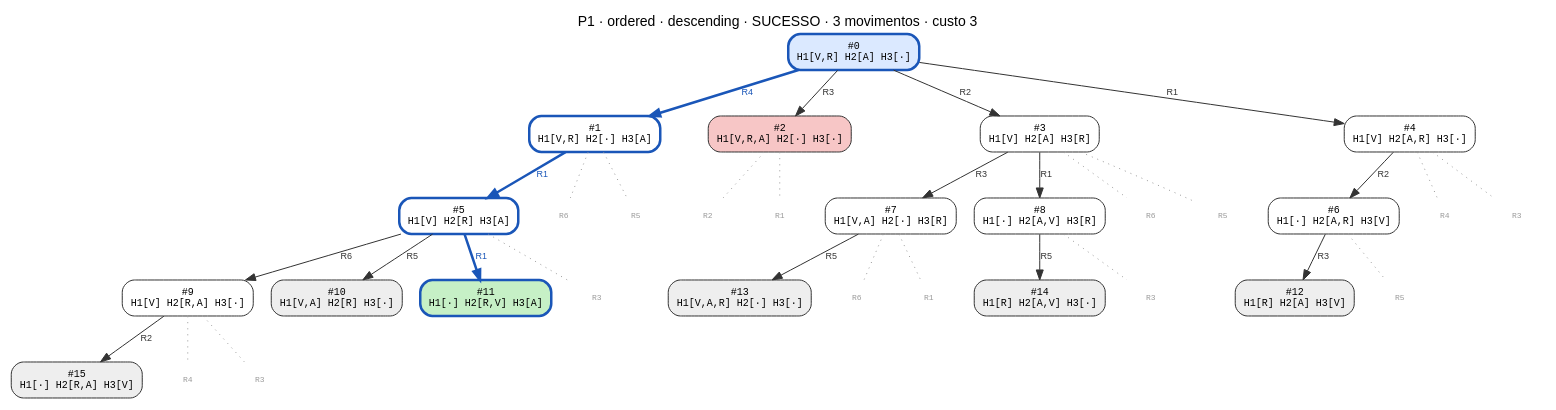
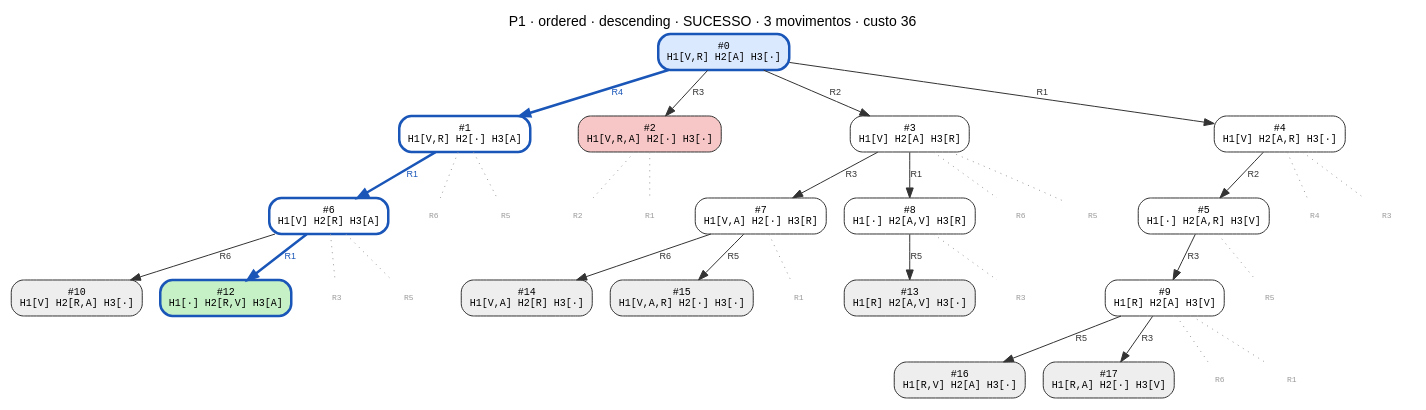
The diagram in data/P1/ordered_descending.dot (CharlesLB/dcc-014-trabalho-1), drawn with Graphviz before and after one commit. The commit also changed 28 other files, not shown here.

```diff
--- a/data/P1/ordered_descending.dot
+++ b/data/P1/ordered_descending.dot
@@ -1,66 +1,68 @@
 digraph search {
-  label="P1 · ordered · descending · SUCESSO · 3 movimentos · custo 3"; labelloc=t; fontname="Helvetica";
+  label="P1 · ordered · descending · SUCESSO · 3 movimentos · custo 36"; labelloc=t; fontname="Helvetica";
   node [shape=box, style="rounded,filled", fontname="monospace", fontsize=10];
   edge [fontname="Helvetica", fontsize=9];
   n0 [label="#0\nH1[V,R] H2[A] H3[·]", fillcolor="#dbe9ff", color="#1a56b8", penwidth=2.5];
   n1 [label="#1\nH1[V,R] H2[·] H3[A]", fillcolor="#ffffff", color="#1a56b8", penwidth=2.5];
   n0 -> n1 [label="R4", color="#1a56b8", fontcolor="#1a56b8", penwidth=2.5];
   n2 [label="#2\nH1[V,R,A] H2[·] H3[·]", fillcolor="#f7c6c6", color="#333333", penwidth=1];
   n0 -> n2 [label="R3", color="#333333", fontcolor="#333333", penwidth=1];
   n3 [label="#3\nH1[V] H2[A] H3[R]", fillcolor="#ffffff", color="#333333", penwidth=1];
   n0 -> n3 [label="R2", color="#333333", fontcolor="#333333", penwidth=1];
   n4 [label="#4\nH1[V] H2[A,R] H3[·]", fillcolor="#ffffff", color="#333333", penwidth=1];
   n0 -> n4 [label="R1", color="#333333", fontcolor="#333333", penwidth=1];
-  n5 [label="#5\nH1[V] H2[R] H3[A]", fillcolor="#ffffff", color="#1a56b8", penwidth=2.5];
-  n1 -> n5 [label="R1", color="#1a56b8", fontcolor="#1a56b8", penwidth=2.5];
-  n6 [label="#6\nH1[·] H2[A,R] H3[V]", fillcolor="#ffffff", color="#333333", penwidth=1];
-  n4 -> n6 [label="R2", color="#333333", fontcolor="#333333", penwidth=1];
+  n5 [label="#5\nH1[·] H2[A,R] H3[V]", fillcolor="#ffffff", color="#333333", penwidth=1];
+  n4 -> n5 [label="R2", color="#333333", fontcolor="#333333", penwidth=1];
+  n6 [label="#6\nH1[V] H2[R] H3[A]", fillcolor="#ffffff", color="#1a56b8", penwidth=2.5];
+  n1 -> n6 [label="R1", color="#1a56b8", fontcolor="#1a56b8", penwidth=2.5];
   n7 [label="#7\nH1[V,A] H2[·] H3[R]", fillcolor="#ffffff", color="#333333", penwidth=1];
   n3 -> n7 [label="R3", color="#333333", fontcolor="#333333", penwidth=1];
   n8 [label="#8\nH1[·] H2[A,V] H3[R]", fillcolor="#ffffff", color="#333333", penwidth=1];
   n3 -> n8 [label="R1", color="#333333", fontcolor="#333333", penwidth=1];
-  n9 [label="#9\nH1[V] H2[R,A] H3[·]", fillcolor="#ffffff", color="#333333", penwidth=1];
-  n5 -> n9 [label="R6", color="#333333", fontcolor="#333333", penwidth=1];
-  n10 [label="#10\nH1[V,A] H2[R] H3[·]", fillcolor="#eeeeee", color="#333333", penwidth=1];
-  n5 -> n10 [label="R5", color="#333333", fontcolor="#333333", penwidth=1];
-  n11 [label="#11\nH1[·] H2[R,V] H3[A]", fillcolor="#c6f0c6", color="#1a56b8", penwidth=2.5];
-  n5 -> n11 [label="R1", color="#1a56b8", fontcolor="#1a56b8", penwidth=2.5];
-  n12 [label="#12\nH1[R] H2[A] H3[V]", fillcolor="#eeeeee", color="#333333", penwidth=1];
-  n6 -> n12 [label="R3", color="#333333", fontcolor="#333333", penwidth=1];
-  n13 [label="#13\nH1[V,A,R] H2[·] H3[·]", fillcolor="#eeeeee", color="#333333", penwidth=1];
-  n7 -> n13 [label="R5", color="#333333", fontcolor="#333333", penwidth=1];
-  n14 [label="#14\nH1[R] H2[A,V] H3[·]", fillcolor="#eeeeee", color="#333333", penwidth=1];
-  n8 -> n14 [label="R5", color="#333333", fontcolor="#333333", penwidth=1];
-  n15 [label="#15\nH1[·] H2[R,A] H3[V]", fillcolor="#eeeeee", color="#333333", penwidth=1];
-  n9 -> n15 [label="R2", color="#333333", fontcolor="#333333", penwidth=1];
+  n9 [label="#9\nH1[R] H2[A] H3[V]", fillcolor="#ffffff", color="#333333", penwidth=1];
+  n5 -> n9 [label="R3", color="#333333", fontcolor="#333333", penwidth=1];
+  n10 [label="#10\nH1[V] H2[R,A] H3[·]", fillcolor="#eeeeee", color="#333333", penwidth=1];
+  n6 -> n10 [label="R6", color="#333333", fontcolor="#333333", penwidth=1];
+  n12 [label="#12\nH1[·] H2[R,V] H3[A]", fillcolor="#c6f0c6", color="#1a56b8", penwidth=2.5];
+  n6 -> n12 [label="R1", color="#1a56b8", fontcolor="#1a56b8", penwidth=2.5];
+  n13 [label="#13\nH1[R] H2[A,V] H3[·]", fillcolor="#eeeeee", color="#333333", penwidth=1];
+  n8 -> n13 [label="R5", color="#333333", fontcolor="#333333", penwidth=1];
+  n14 [label="#14\nH1[V,A] H2[R] H3[·]", fillcolor="#eeeeee", color="#333333", penwidth=1];
+  n7 -> n14 [label="R6", color="#333333", fontcolor="#333333", penwidth=1];
+  n15 [label="#15\nH1[V,A,R] H2[·] H3[·]", fillcolor="#eeeeee", color="#333333", penwidth=1];
+  n7 -> n15 [label="R5", color="#333333", fontcolor="#333333", penwidth=1];
+  n16 [label="#16\nH1[R,V] H2[A] H3[·]", fillcolor="#eeeeee", color="#333333", penwidth=1];
+  n9 -> n16 [label="R5", color="#333333", fontcolor="#333333", penwidth=1];
+  n17 [label="#17\nH1[R,A] H2[·] H3[V]", fillcolor="#eeeeee", color="#333333", penwidth=1];
+  n9 -> n17 [label="R3", color="#333333", fontcolor="#333333", penwidth=1];
+  p4_R4 [label="R4", shape=plaintext, style=solid, fontcolor="#999999", fontsize=8];
+  n4 -> p4_R4 [style=dotted, color="#999999", arrowhead=none];
+  p4_R3 [label="R3", shape=plaintext, style=solid, fontcolor="#999999", fontsize=8];
+  n4 -> p4_R3 [style=dotted, color="#999999", arrowhead=none];
   p1_R6 [label="R6", shape=plaintext, style=solid, fontcolor="#999999", fontsize=8];
   n1 -> p1_R6 [style=dotted, color="#999999", arrowhead=none];
   p1_R5 [label="R5", shape=plaintext, style=solid, fontcolor="#999999", fontsize=8];
   n1 -> p1_R5 [style=dotted, color="#999999", arrowhead=none];
   p2_R2 [label="R2", shape=plaintext, style=solid, fontcolor="#999999", fontsize=8];
   n2 -> p2_R2 [style=dotted, color="#999999", arrowhead=none];
   p2_R1 [label="R1", shape=plaintext, style=solid, fontcolor="#999999", fontsize=8];
   n2 -> p2_R1 [style=dotted, color="#999999", arrowhead=none];
-  p4_R4 [label="R4", shape=plaintext, style=solid, fontcolor="#999999", fontsize=8];
-  n4 -> p4_R4 [style=dotted, color="#999999", arrowhead=none];
-  p4_R3 [label="R3", shape=plaintext, style=solid, fontcolor="#999999", fontsize=8];
-  n4 -> p4_R3 [style=dotted, color="#999999", arrowhead=none];
   p3_R6 [label="R6", shape=plaintext, style=solid, fontcolor="#999999", fontsize=8];
   n3 -> p3_R6 [style=dotted, color="#999999", arrowhead=none];
   p3_R5 [label="R5", shape=plaintext, style=solid, fontcolor="#999999", fontsize=8];
   n3 -> p3_R5 [style=dotted, color="#999999", arrowhead=none];
-  p5_R3 [label="R3", shape=plaintext, style=solid, fontcolor="#999999", fontsize=8];
-  n5 -> p5_R3 [style=dotted, color="#999999", arrowhead=none];
+  p5_R5 [label="R5", shape=plaintext, style=solid, fontcolor="#999999", fontsize=8];
+  n5 -> p5_R5 [style=dotted, color="#999999", arrowhead=none];
+  p6_R3 [label="R3", shape=plaintext, style=solid, fontcolor="#999999", fontsize=8];
+  n6 -> p6_R3 [style=dotted, color="#999999", arrowhead=none];
+  p8_R3 [label="R3", shape=plaintext, style=solid, fontcolor="#999999", fontsize=8];
+  n8 -> p8_R3 [style=dotted, color="#999999", arrowhead=none];
+  p7_R1 [label="R1", shape=plaintext, style=solid, fontcolor="#999999", fontsize=8];
+  n7 -> p7_R1 [style=dotted, color="#999999", arrowhead=none];
   p6_R5 [label="R5", shape=plaintext, style=solid, fontcolor="#999999", fontsize=8];
   n6 -> p6_R5 [style=dotted, color="#999999", arrowhead=none];
-  p7_R6 [label="R6", shape=plaintext, style=solid, fontcolor="#999999", fontsize=8];
-  n7 -> p7_R6 [style=dotted, color="#999999", arrowhead=none];
-  p7_R1 [label="R1", shape=plaintext, style=solid, fontcolor="#999999", fontsize=8];
-  n7 -> p7_R1 [style=dotted, color="#999999", arrowhead=none];
-  p8_R3 [label="R3", shape=plaintext, style=solid, fontcolor="#999999", fontsize=8];
-  n8 -> p8_R3 [style=dotted, color="#999999", arrowhead=none];
-  p9_R4 [label="R4", shape=plaintext, style=solid, fontcolor="#999999", fontsize=8];
-  n9 -> p9_R4 [style=dotted, color="#999999", arrowhead=none];
-  p9_R3 [label="R3", shape=plaintext, style=solid, fontcolor="#999999", fontsize=8];
-  n9 -> p9_R3 [style=dotted, color="#999999", arrowhead=none];
+  p9_R6 [label="R6", shape=plaintext, style=solid, fontcolor="#999999", fontsize=8];
+  n9 -> p9_R6 [style=dotted, color="#999999", arrowhead=none];
+  p9_R1 [label="R1", shape=plaintext, style=solid, fontcolor="#999999", fontsize=8];
+  n9 -> p9_R1 [style=dotted, color="#999999", arrowhead=none];
 }
```
